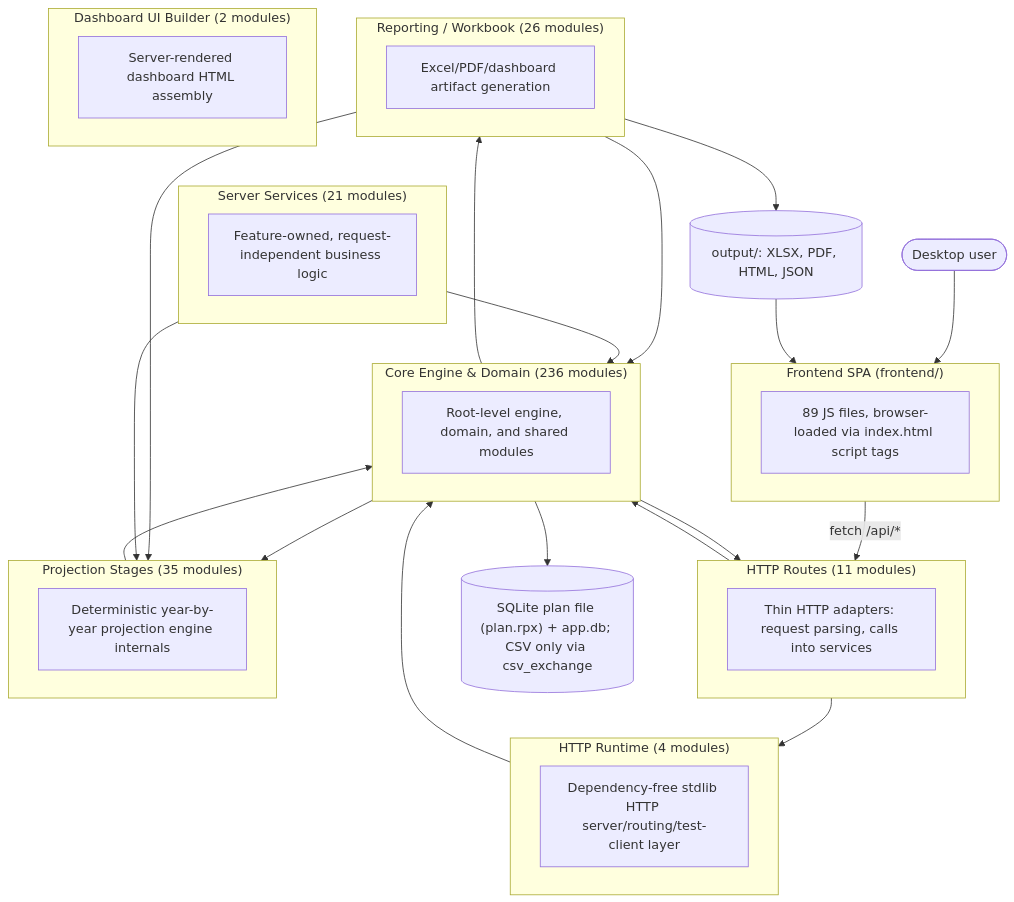
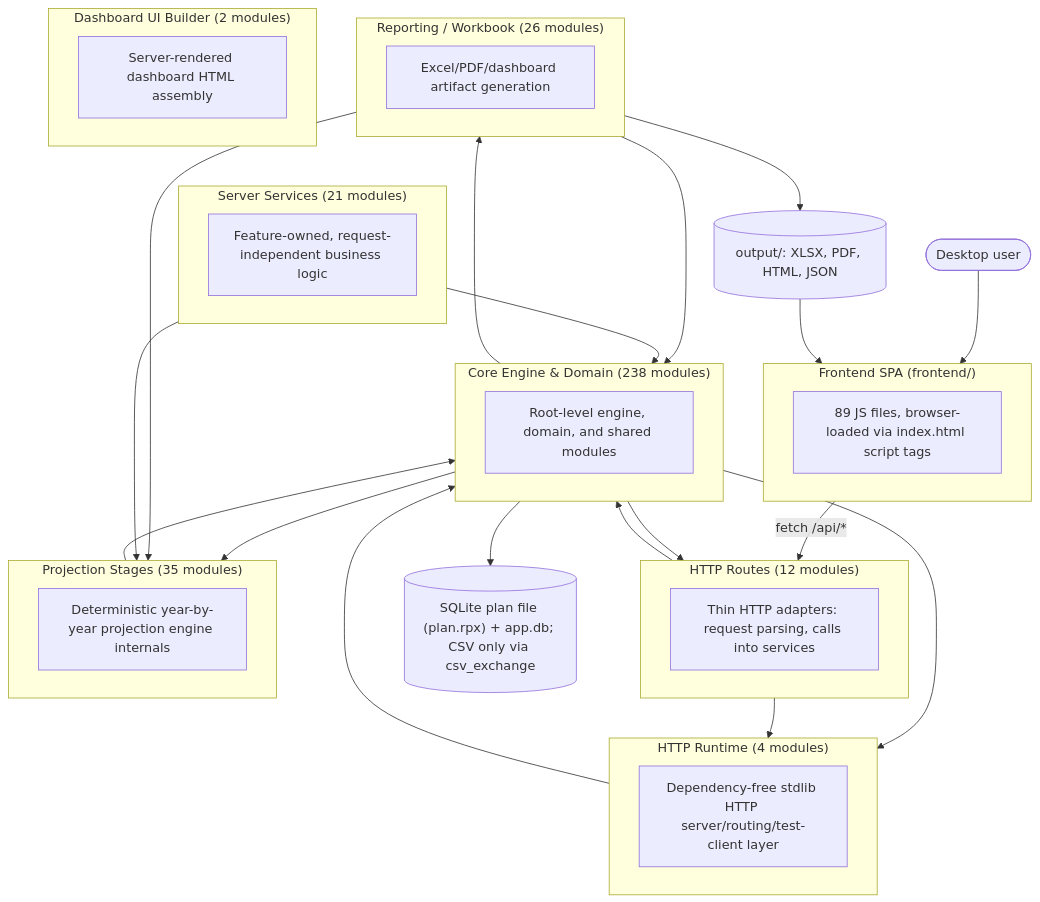
The first of 2 diagrams in documentation/reference/SYSTEM_ARCHITECTURE_DIAGRAM.md (matthartzman/retirement_system), drawn with Mermaid before and after one commit. The commit also changed other lines of this file and 3 other files, not shown here.

````diff
--- a/documentation/reference/SYSTEM_ARCHITECTURE_DIAGRAM.md
+++ b/documentation/reference/SYSTEM_ARCHITECTURE_DIAGRAM.md
@@ -11,43 +11,44 @@
 ```mermaid
 flowchart TB
     User(["Desktop user"]) --> FE
     subgraph FE["Frontend SPA (frontend/)"]
         FEcount["89 JS files, browser-loaded via index.html script tags"]
     end
     FE -->|fetch /api/*| L_HTTP_Routes
-    subgraph L_HTTP_Routes["HTTP Routes (11 modules)"]
+    subgraph L_HTTP_Routes["HTTP Routes (12 modules)"]
         L_HTTP_Routes_d["Thin HTTP adapters: request parsing, calls into services"]
     end
     subgraph L_Server_Services["Server Services (21 modules)"]
         L_Server_Services_d["Feature-owned, request-independent business logic"]
     end
     subgraph L_HTTP_Runtime["HTTP Runtime (4 modules)"]
         L_HTTP_Runtime_d["Dependency-free stdlib HTTP server/routing/test-client layer"]
     end
-    subgraph L_Core_Engine___Domain["Core Engine & Domain (236 modules)"]
+    subgraph L_Core_Engine___Domain["Core Engine & Domain (238 modules)"]
         L_Core_Engine___Domain_d["Root-level engine, domain, and shared modules"]
     end
     subgraph L_Projection_Stages["Projection Stages (35 modules)"]
         L_Projection_Stages_d["Deterministic year-by-year projection engine internals"]
     end
     subgraph L_Reporting___Workbook["Reporting / Workbook (26 modules)"]
         L_Reporting___Workbook_d["Excel/PDF/dashboard artifact generation"]
     end
     subgraph L_Dashboard_UI_Builder["Dashboard UI Builder (2 modules)"]
         L_Dashboard_UI_Builder_d["Server-rendered dashboard HTML assembly"]
     end
     L_Core_Engine___Domain --> L_HTTP_Routes
+    L_Core_Engine___Domain --> L_HTTP_Runtime
     L_Core_Engine___Domain --> L_Projection_Stages
     L_Core_Engine___Domain --> L_Reporting___Workbook
     L_HTTP_Routes --> L_Core_Engine___Domain
     L_HTTP_Routes --> L_HTTP_Runtime
     L_HTTP_Runtime --> L_Core_Engine___Domain
     L_Projection_Stages --> L_Core_Engine___Domain
     L_Reporting___Workbook --> L_Core_Engine___Domain
     L_Reporting___Workbook --> L_Projection_Stages
     L_Server_Services --> L_Core_Engine___Domain
     L_Server_Services --> L_Projection_Stages
     L_Core_Engine___Domain --> DB[("SQLite plan file (plan.rpx) + app.db; CSV only via csv_exchange")]
     L_Reporting___Workbook --> Outputs[("output/: XLSX, PDF, HTML, JSON")]
     Outputs --> FE
 ```
````
